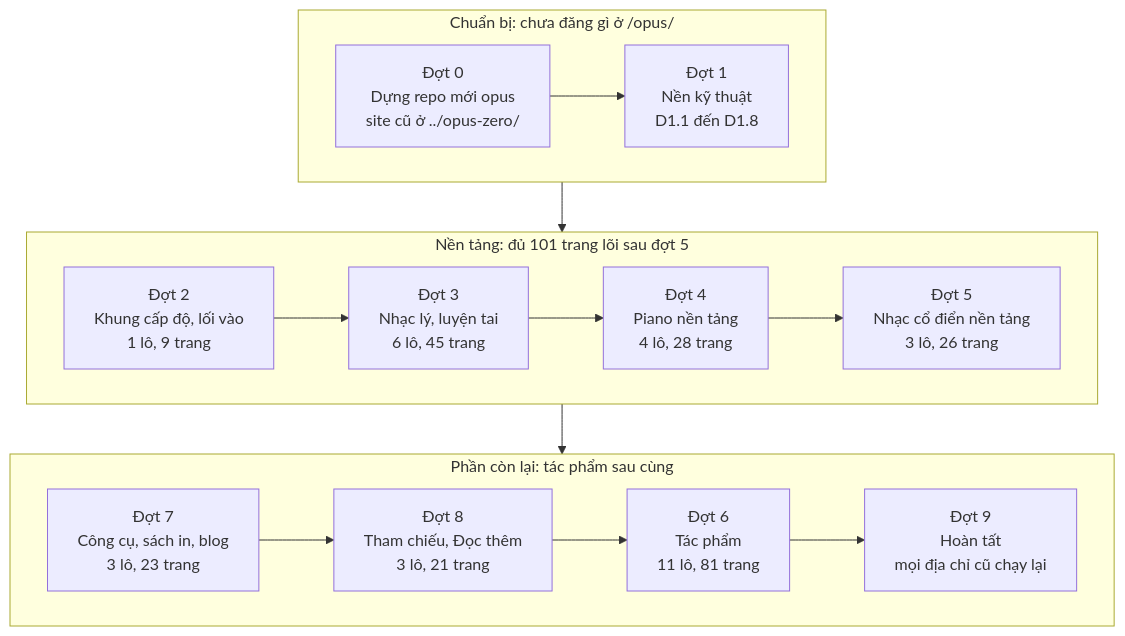
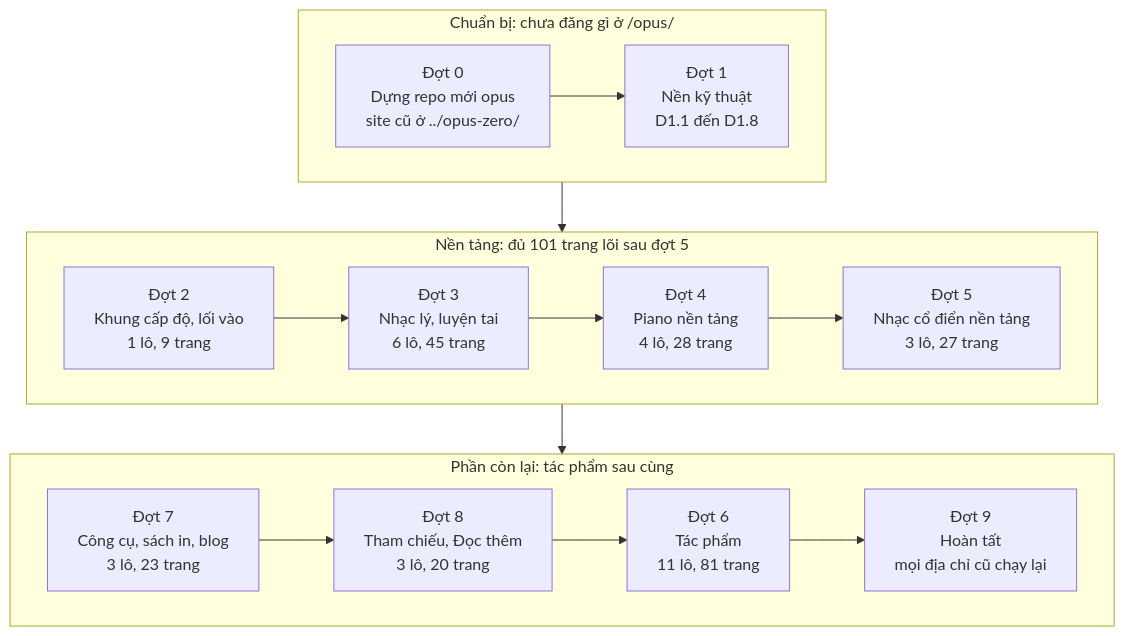
The first of 6 diagrams in plans/lam-lai/so-do.md (mtuann/opus), drawn with Mermaid before and after one commit. The commit also changed other lines of this file and 8 other files, not shown here.

Commit message:
Quyết định trước đợt 2, sửa theo review: số trang ở so-do.md, quy tắc xếp tầng, công cụ khóa lấy tầng từ trang.yml, mẫu Đọc thêm sai thì kiểm cả trang; thuật ngữ khóa dần, push nhánh lô, bỏ tạm link GitHub (chủ repo chọn)

````diff
--- a/plans/lam-lai/so-do.md
+++ b/plans/lam-lai/so-do.md
@@ -7,16 +7,16 @@
 ```mermaid
 flowchart TB
   subgraph G1["Chuẩn bị: chưa đăng gì ở /opus/"]
     direction LR
     D0["Đợt 0<br/>Dựng repo mới opus<br/>site cũ ở ../opus-zero/"] --> D1["Đợt 1<br/>Nền kỹ thuật<br/>D1.1 đến D1.8"]
   end
   subgraph G2["Nền tảng: đủ 101 trang lõi sau đợt 5"]
     direction LR
-    D2["Đợt 2<br/>Khung cấp độ, lối vào<br/>1 lô, 9 trang"] --> D3["Đợt 3<br/>Nhạc lý, luyện tai<br/>6 lô, 45 trang"] --> D4["Đợt 4<br/>Piano nền tảng<br/>4 lô, 28 trang"] --> D5["Đợt 5<br/>Nhạc cổ điển nền tảng<br/>3 lô, 26 trang"]
+    D2["Đợt 2<br/>Khung cấp độ, lối vào<br/>1 lô, 9 trang"] --> D3["Đợt 3<br/>Nhạc lý, luyện tai<br/>6 lô, 45 trang"] --> D4["Đợt 4<br/>Piano nền tảng<br/>4 lô, 28 trang"] --> D5["Đợt 5<br/>Nhạc cổ điển nền tảng<br/>3 lô, 27 trang"]
   end
   subgraph G3["Phần còn lại: tác phẩm sau cùng"]
     direction LR
-    D7["Đợt 7<br/>Công cụ, sách in, blog<br/>3 lô, 23 trang"] --> D8["Đợt 8<br/>Tham chiếu, Đọc thêm<br/>3 lô, 21 trang"] --> D6["Đợt 6<br/>Tác phẩm<br/>11 lô, 81 trang"] --> D9["Đợt 9<br/>Hoàn tất<br/>mọi địa chỉ cũ chạy lại"]
+    D7["Đợt 7<br/>Công cụ, sách in, blog<br/>3 lô, 23 trang"] --> D8["Đợt 8<br/>Tham chiếu, Đọc thêm<br/>3 lô, 20 trang"] --> D6["Đợt 6<br/>Tác phẩm<br/>11 lô, 81 trang"] --> D9["Đợt 9<br/>Hoàn tất<br/>mọi địa chỉ cũ chạy lại"]
   end
   G1 --> G2 --> G3
 ```
````
